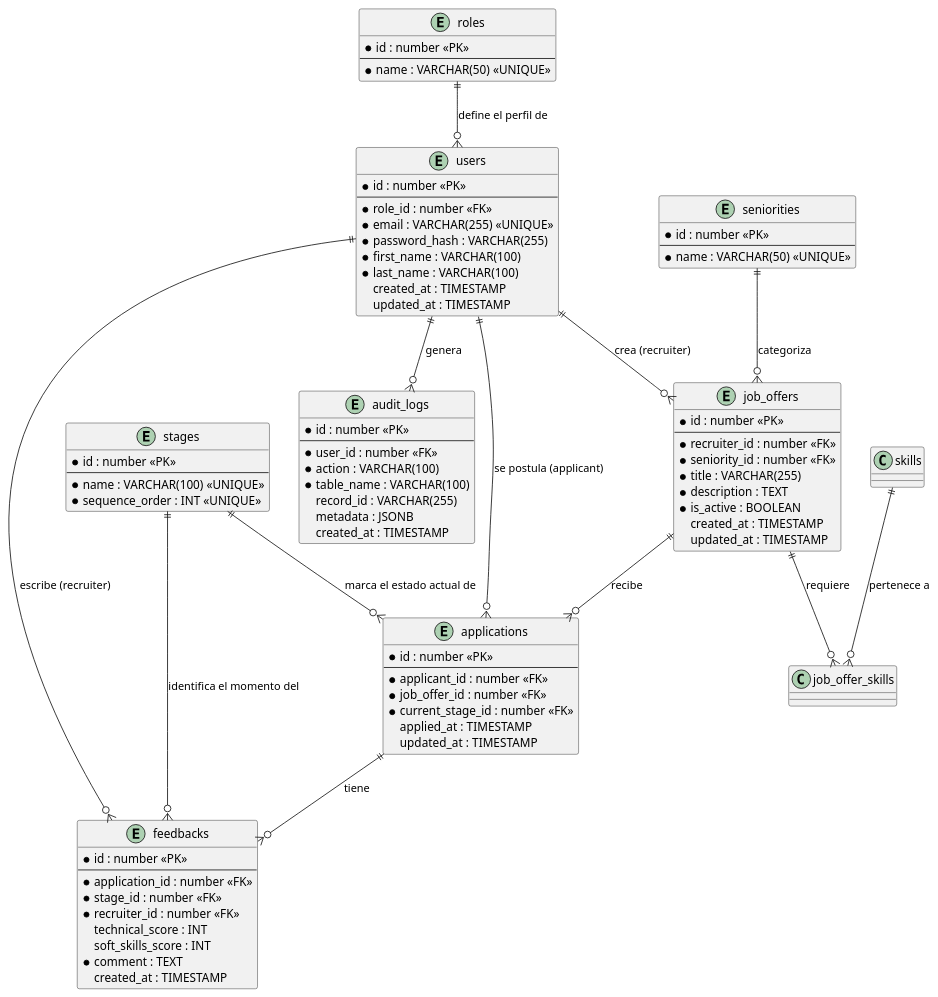
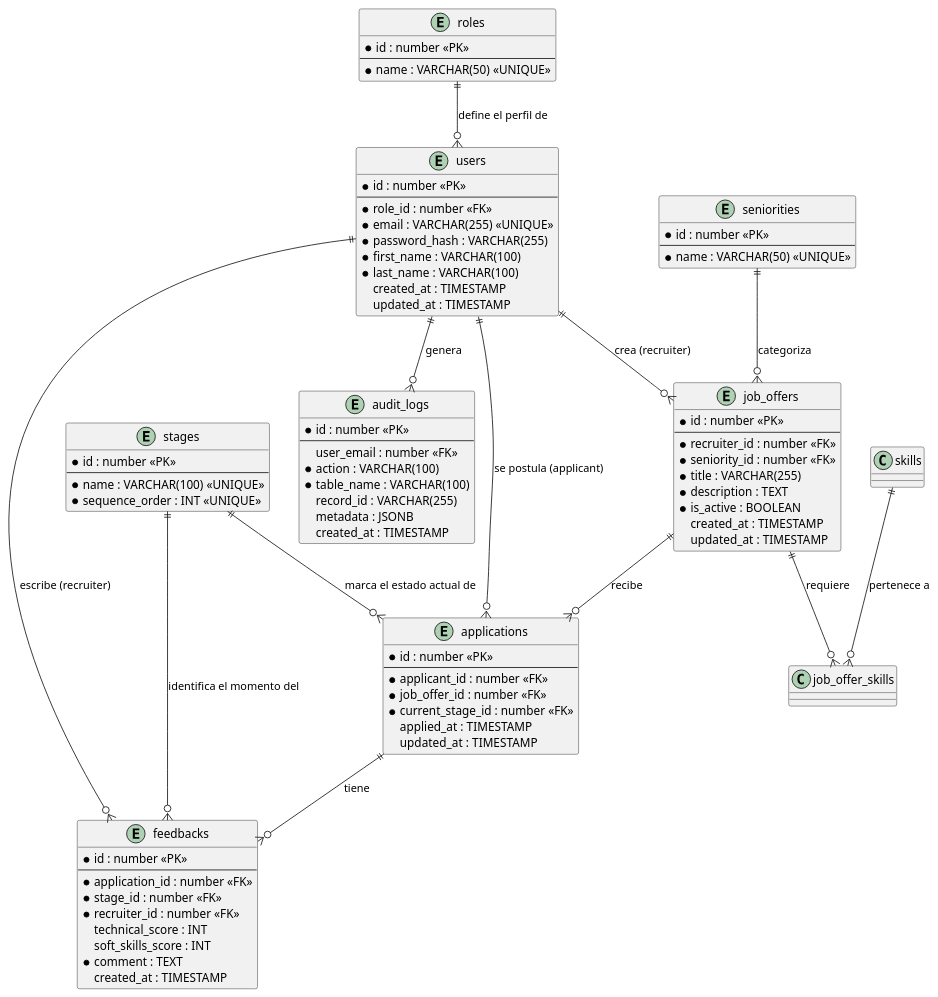
Before and after one commit to LauEroles/NextStep: the diagram in documentacion/der.puml, drawn with PlantUML.

```diff
--- a/documentacion/der.puml
+++ b/documentacion/der.puml
@@ -1,101 +1,101 @@
 @startuml NextStep DER
 
 entity "users" as users {
   * id : number <<PK>>
   --
   * role_id : number <<FK>>
   * email : VARCHAR(255) <<UNIQUE>>
   * password_hash : VARCHAR(255)
   * first_name : VARCHAR(100)
   * last_name : VARCHAR(100)
   created_at : TIMESTAMP
   updated_at : TIMESTAMP
 }
 
 entity "roles" as roles {
   * id : number <<PK>>
   --
   * name : VARCHAR(50) <<UNIQUE>>
 }
 
 entity "seniorities" as seniorities {
   * id : number <<PK>>
   --
   * name : VARCHAR(50) <<UNIQUE>>
 }
 
 entity "job_offers" as job_offers {
   * id : number <<PK>>
   --
   * recruiter_id : number <<FK>>
   * seniority_id : number <<FK>>
   * title : VARCHAR(255)
   * description : TEXT
   * is_active : BOOLEAN
   created_at : TIMESTAMP
   updated_at : TIMESTAMP
 }
 
 entity "stages" as stages {
   * id : number <<PK>>
   --
   * name : VARCHAR(100) <<UNIQUE>>
   * sequence_order : INT <<UNIQUE>> 
 }
 
 entity "applications" as applications {
   * id : number <<PK>>
   --
   * applicant_id : number <<FK>>
   * job_offer_id : number <<FK>>
   * current_stage_id : number <<FK>>
   applied_at : TIMESTAMP
   updated_at : TIMESTAMP
 }
 
 entity "feedbacks" as feedbacks {
   * id : number <<PK>>
   --
   * application_id : number <<FK>>
   * stage_id : number <<FK>>
   * recruiter_id : number <<FK>>
   technical_score : INT
   soft_skills_score : INT
   * comment : TEXT
   created_at : TIMESTAMP
 }
 
 entity "audit_logs" as audit_logs {
   * id : number <<PK>>
   --
-  * user_id : number <<FK>>
+  user_email : number <<FK>>
   * action : VARCHAR(100)
   * table_name : VARCHAR(100)
   record_id : VARCHAR(255)
   metadata : JSONB
   created_at : TIMESTAMP
 }
 
 ' Relación de Usuarios y Roles (1 a Muchos)
 roles ||--o{ users : "define el perfil de"
 
 ' Relaciones de Ofertas y Skills/Seniority
 users ||--o{ job_offers : "crea (recruiter)"
 seniorities ||--o{ job_offers : "categoriza"
 job_offers ||--o{ job_offer_skills : "requiere"
 skills ||--o{ job_offer_skills : "pertenece a"
 
 ' Relaciones de Postulaciones y Etapas
 users ||--o{ applications : "se postula (applicant)"
 job_offers ||--o{ applications : "recibe"
 stages ||--o{ applications : "marca el estado actual de"
 
 ' Relaciones de Feedback
 applications ||--o{ feedbacks : "tiene"
 stages ||--o{ feedbacks : "identifica el momento del"
 users ||--o{ feedbacks : "escribe (recruiter)"
 
 ' Relaciones de Auditoría
 users ||--o{ audit_logs : "genera"
 
 @enduml
```
